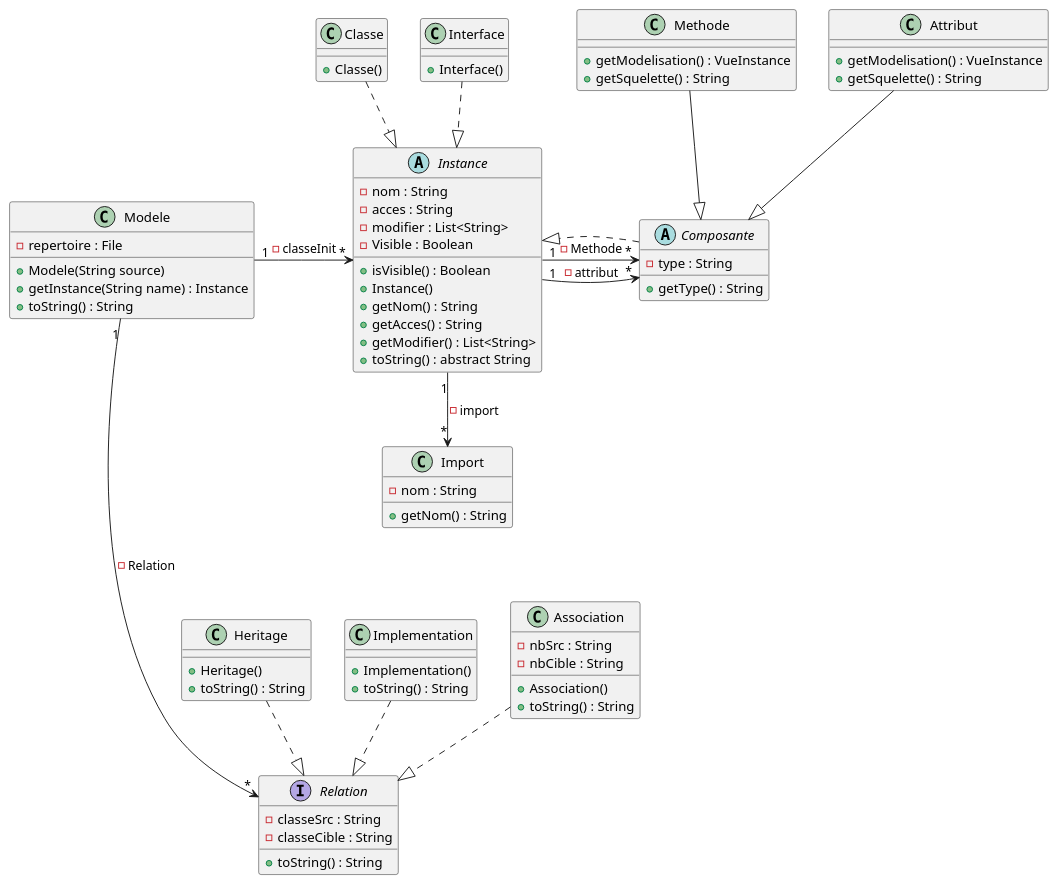
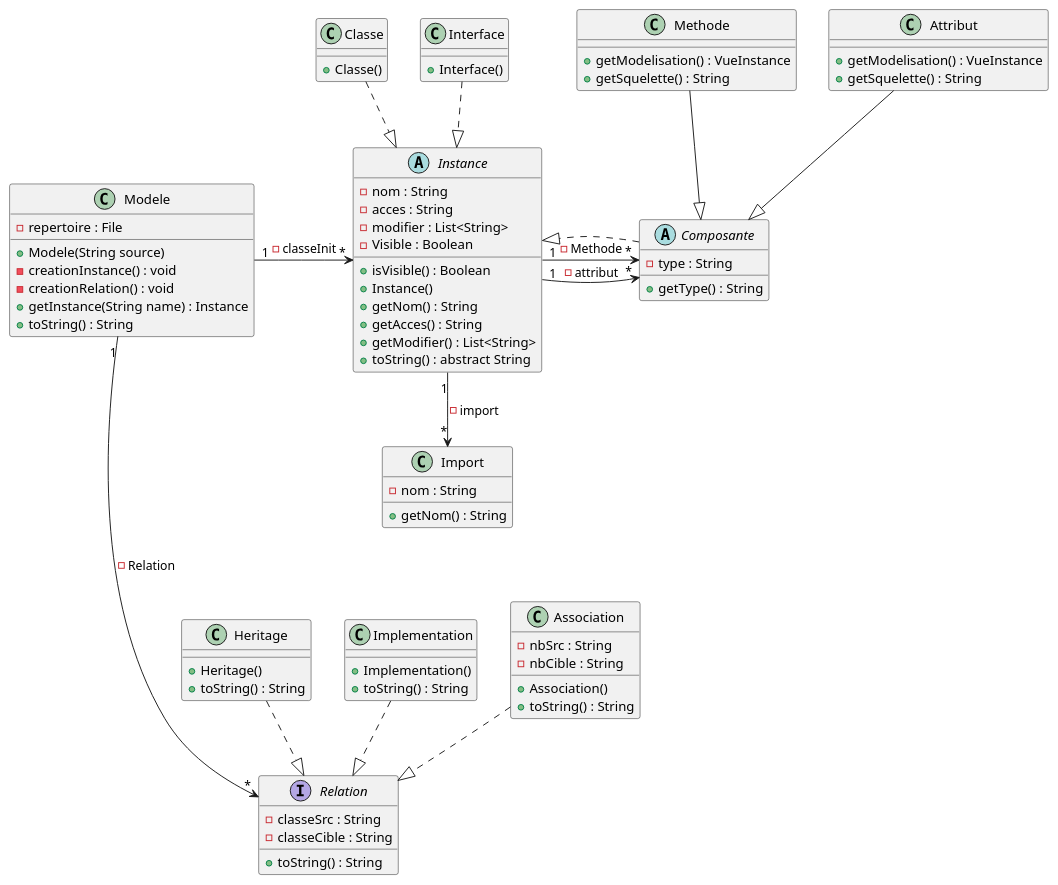
One commit to Cedran-Bastien/GENERATION-AUTOMATIQUE-DE-DIAGRAMME-DE-CLASSES changed the diagram in demo/Conception/Sprint_1/Class.puml. Above: the diagram before and after it, drawn with PlantUML.

Commit message:
Ajout Diagramme de classe Sprint 1

```diff
--- a/demo/Conception/Sprint_1/Class.puml
+++ b/demo/Conception/Sprint_1/Class.puml
@@ -1,90 +1,92 @@
 @startuml
 'https://plantuml.com/sequence-diagram
 
 abstract Instance{
     -nom : String
     -acces : String
     -modifier : List<String>
     -Visible : Boolean
     +isVisible() : Boolean
     +Instance()
     +getNom() : String
     +getAcces() : String
     +getModifier() : List<String>
     +toString() : abstract String
 }
 
 class Classe{
     +Classe()
 }
 
 class Interface{
     +Interface()
 }
 
 abstract Composante{
     -type : String
     +getType() : String
 }
 
 class Methode{
     +getModelisation() : VueInstance
     +getSquelette() : String
 }
 
 class Attribut{
     +getModelisation() : VueInstance
     +getSquelette() : String
 }
 
 class Import{
     -nom : String
     +getNom() : String
 }
 
 class Modele{
     -repertoire : File
     +Modele(String source)
+    -creationInstance() : void
+    -creationRelation() : void
     +getInstance(String name) : Instance
     +toString() : String
 }
 
 interface Relation{
     -classeSrc : String
     -classeCible : String
     +toString() : String
 }
 
 class Heritage{
     +Heritage()
     +toString() : String
 }
 
 class Implementation{
     +Implementation()
     +toString() : String
 }
 
 class Association {
     -nbSrc : String
     -nbCible : String
     +Association()
     +toString() : String
 }
 
 
 Modele "1" -> "*" Instance  : -classeInit
 Instance "1" -> "*" Composante : -attribut
 Instance "1" -> "*" Composante : -Methode
 Instance "1" --> "*" Import : -import
 Classe ..|> Instance
 Interface ..|> Instance
 Methode --|> Composante
 Attribut --|> Composante
 Composante ..|> Instance
 Modele "1" ----> "*"  Relation : -Relation
 Association ..|> Relation
 Heritage ..|> Relation
 Implementation ..|> Relation
 
 @enduml
```
